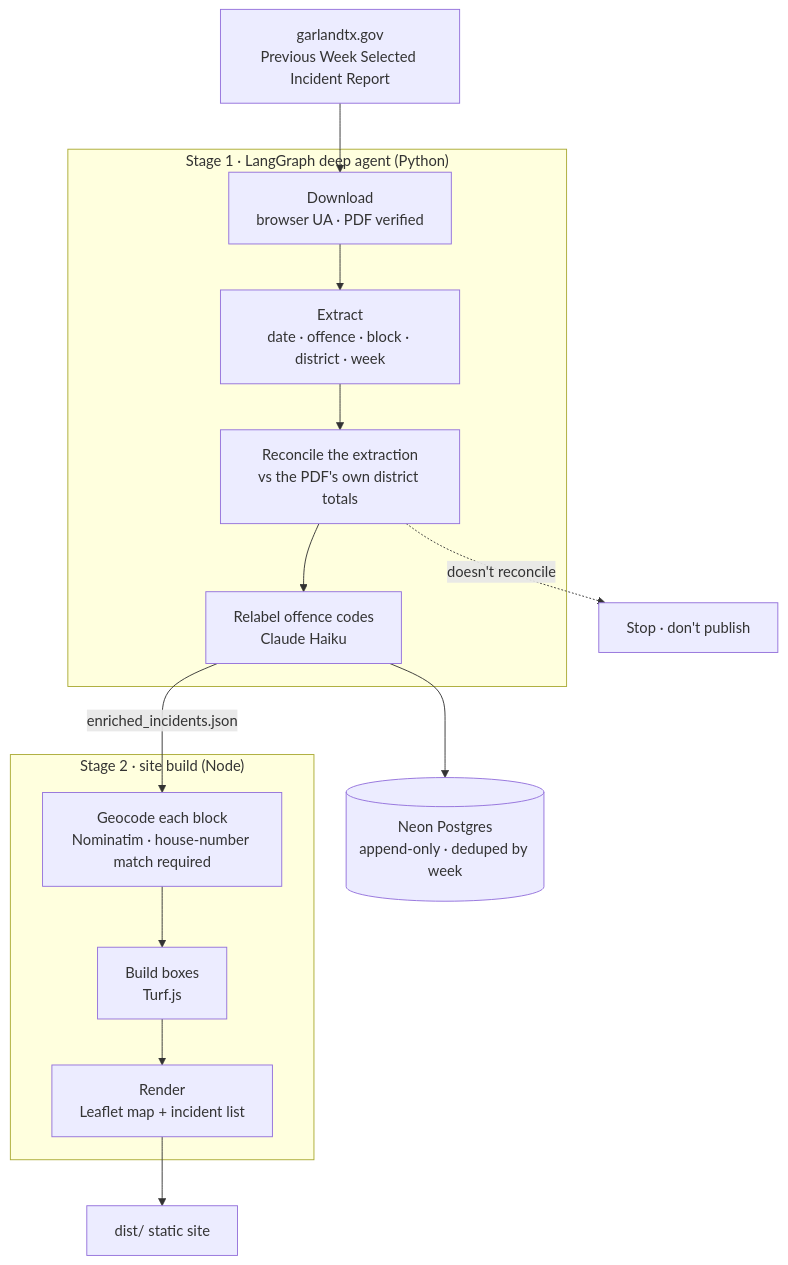
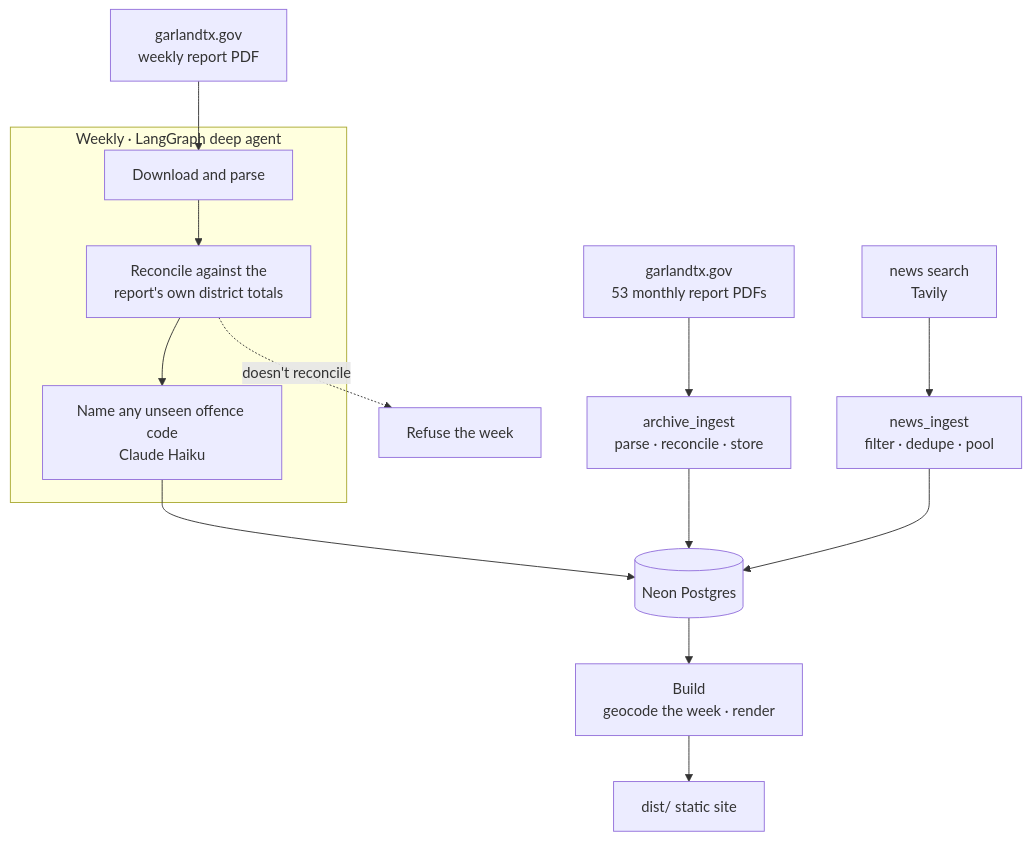
Before and after one commit to caleblawrence/garland-tx-police-activity: the diagram in README.md, drawn with Mermaid. The commit also changed other lines of this file and 10 other files, not shown here.

First line of the commit message:
Rewrite the README around the archive, not the map

````diff
--- a/README.md
+++ b/README.md
@@ -89,25 +99,21 @@
 ```mermaid
 flowchart TD
-    PDF["garlandtx.gov<br/>Previous Week Selected Incident Report"]
+    WK["garlandtx.gov<br/>weekly report PDF"]
+    MO["garlandtx.gov<br/>53 monthly report PDFs"]
+    NW["news search<br/>Tavily"]
 
-    subgraph ingest["Stage 1 · LangGraph deep agent (Python)"]
-        DL["Download<br/>browser UA · PDF verified"]
-        EX["Extract<br/>date · offence · block · district · week"]
-        AU["Reconcile the extraction<br/>vs the PDF's own district totals"]
-        LB["Relabel offence codes<br/>Claude Haiku"]
+    subgraph agent["Weekly · LangGraph deep agent"]
+        DL["Download and parse"]
+        RC["Reconcile against the<br/>report's own district totals"]
+        LB["Name any unseen offence code<br/>Claude Haiku"]
     end
 
-    subgraph build["Stage 2 · site build (Node)"]
-        GC["Geocode each block<br/>Nominatim · house-number match required"]
-        BX["Build boxes<br/>Turf.js"]
-        RN["Render<br/>Leaflet map + incident list"]
-    end
+    DB[("Neon Postgres")]
+    SITE["dist/ static site"]
 
-    DB[("Neon Postgres<br/>append-only · deduped by week")]
-    OUT["dist/ static site"]
-
-    PDF --> DL --> EX --> AU --> LB
-    AU -.->|"doesn't reconcile"| STOP["Stop · don't publish"]
-    LB --> DB
-    LB -->|"enriched_incidents.json"| GC --> BX --> RN --> OUT
+    WK --> DL --> RC --> LB --> DB
+    RC -.->|"doesn't reconcile"| STOP["Refuse the week"]
+    MO --> ARCH["archive_ingest<br/>parse · reconcile · store"] --> DB
+    NW --> NEWS["news_ingest<br/>filter · dedupe · pool"] --> DB
+    DB --> BUILD["Build<br/>geocode the week · render"] --> SITE
 ```
````
